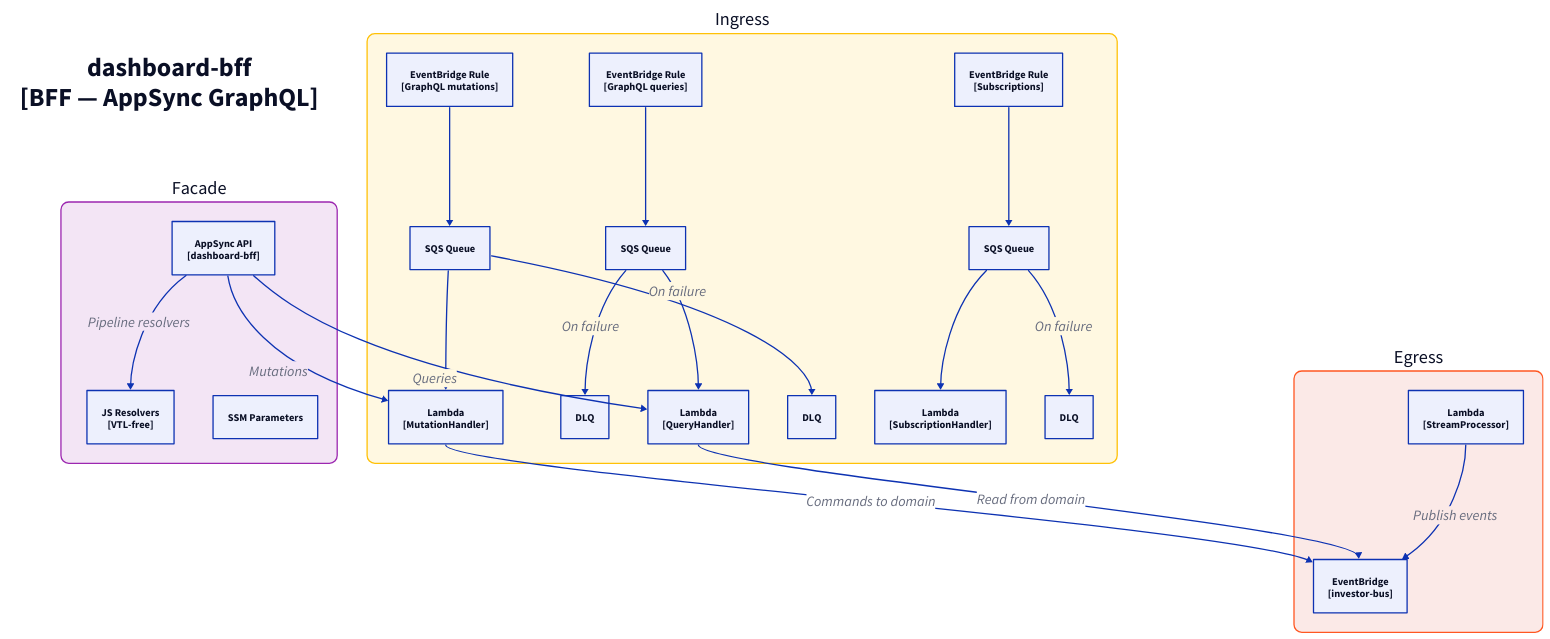
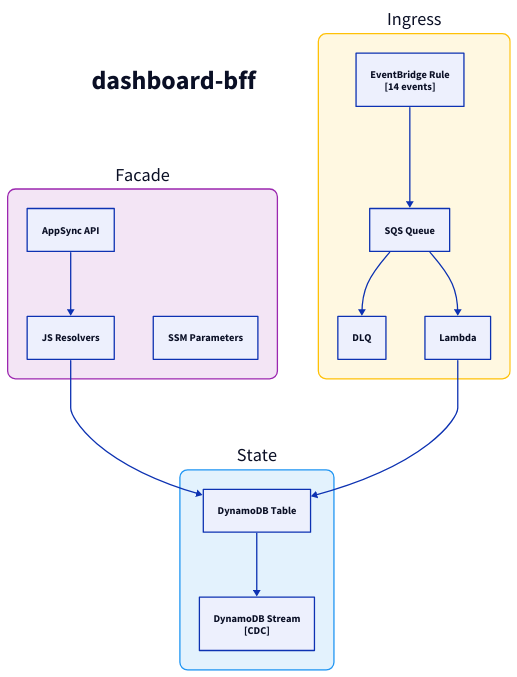
Before and after one commit to fabio-vitali/nestfolio: the diagram in docs/architecture/c3/dashboard-bff.d2, drawn with D2. The commit also changed 60 other files, not shown here.

Commit message:
fix: c4 diagram generated

```diff
--- a/docs/architecture/c3/dashboard-bff.d2
+++ b/docs/architecture/c3/dashboard-bff.d2
@@ -1,58 +1,35 @@
 direction: down
 
-title: "dashboard-bff\n[BFF — AppSync GraphQL]" {
+title: "dashboard-bff" {
   style: { font-size: 40; bold: true; fill: transparent; stroke: transparent }
 }
 
 facade: "Facade" {
   style: { fill: "#F3E5F5"; stroke: "#9C27B0"; border-radius: 12; font-size: 28 }
-
-  appsync: "AppSync API\n[dashboard-bff]" { class: aws-appsync }
-  resolvers: "JS Resolvers\n[VTL-free]" { class: aws-lambda }
+  appsync: "AppSync API" { class: aws-appsync }
+  resolvers: "JS Resolvers" { class: aws-lambda }
+  appsync -> resolvers
   ssm: "SSM Parameters" { class: aws-ssm }
-
-  appsync -> resolvers: "Pipeline resolvers" {style.font-size: 22}
 }
 
 ingress: "Ingress" {
   style: { fill: "#FFF8E1"; stroke: "#FFC107"; border-radius: 12; font-size: 28 }
+  rule: "EventBridge Rule\n[14 events]" { class: aws-eventbridge }
+  sqs: "SQS Queue" { class: aws-sqs }
+  dlq: "DLQ" { class: aws-dlq }
+  handler: "Lambda" { class: aws-lambda }
 
-  query: "Lambda\n[QueryHandler]" { class: aws-lambda }
-  query-sqs: "SQS Queue" { class: aws-sqs }
-  query-dlq: "DLQ" { class: aws-dlq }
-  query-rule: "EventBridge Rule\n[GraphQL queries]" { class: aws-eventbridge }
-
-  query-rule -> query-sqs -> query
-  query-sqs -> query-dlq: "On failure" {style.font-size: 22}
-
-  mutation: "Lambda\n[MutationHandler]" { class: aws-lambda }
-  mutation-sqs: "SQS Queue" { class: aws-sqs }
-  mutation-dlq: "DLQ" { class: aws-dlq }
-  mutation-rule: "EventBridge Rule\n[GraphQL mutations]" { class: aws-eventbridge }
-
-  mutation-rule -> mutation-sqs -> mutation
-  mutation-sqs -> mutation-dlq: "On failure" {style.font-size: 22}
-
-  subscription: "Lambda\n[SubscriptionHandler]" { class: aws-lambda }
-  subscription-sqs: "SQS Queue" { class: aws-sqs }
-  subscription-dlq: "DLQ" { class: aws-dlq }
-  subscription-rule: "EventBridge Rule\n[Subscriptions]" { class: aws-eventbridge }
-
-  subscription-rule -> subscription-sqs -> subscription
-  subscription-sqs -> subscription-dlq: "On failure" {style.font-size: 22}
+  rule -> sqs -> handler
+  sqs -> dlq
 }
 
-egress: "Egress" {
-  style: { fill: "#FBE9E7"; stroke: "#FF5722"; border-radius: 12; font-size: 28 }
-
-  processor: "Lambda\n[StreamProcessor]" { class: aws-lambda }
-  bus: "EventBridge\n[investor-bus]" { class: aws-eventbridge }
-
-  processor -> bus: "Publish events" {style.font-size: 22}
+state: "State" {
+  style: { fill: "#E3F2FD"; stroke: "#2196F3"; border-radius: 12; font-size: 28 }
+  table: "DynamoDB Table" { class: aws-dynamodb }
+  stream: "DynamoDB Stream\n[CDC]" { class: aws-ddb-stream }
+  table -> stream
 }
 
 # Flows
-facade.appsync -> ingress.query: "Queries" {style.font-size: 22}
-facade.appsync -> ingress.mutation: "Mutations" {style.font-size: 22}
-ingress.query -> egress.bus: "Read from domain" {style.font-size: 22}
-ingress.mutation -> egress.bus: "Commands to domain" {style.font-size: 22}
+facade.resolvers -> state.table
+ingress.handler -> state.table
```
